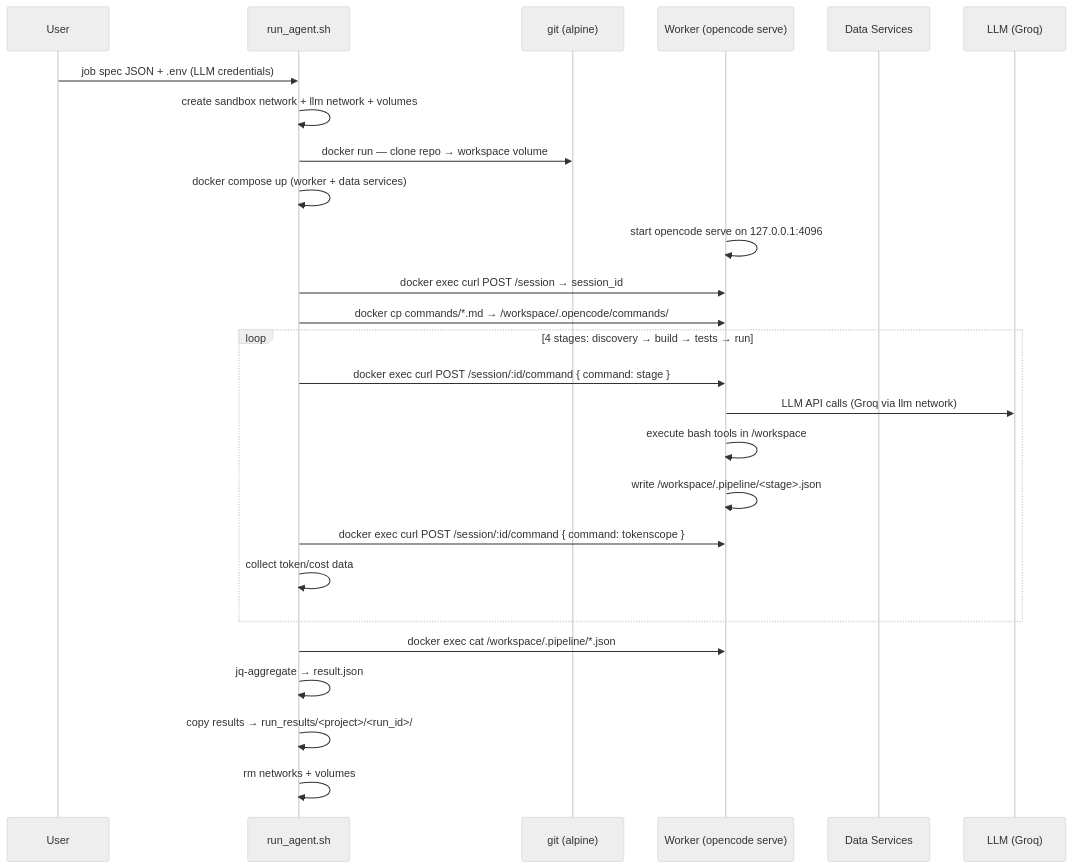
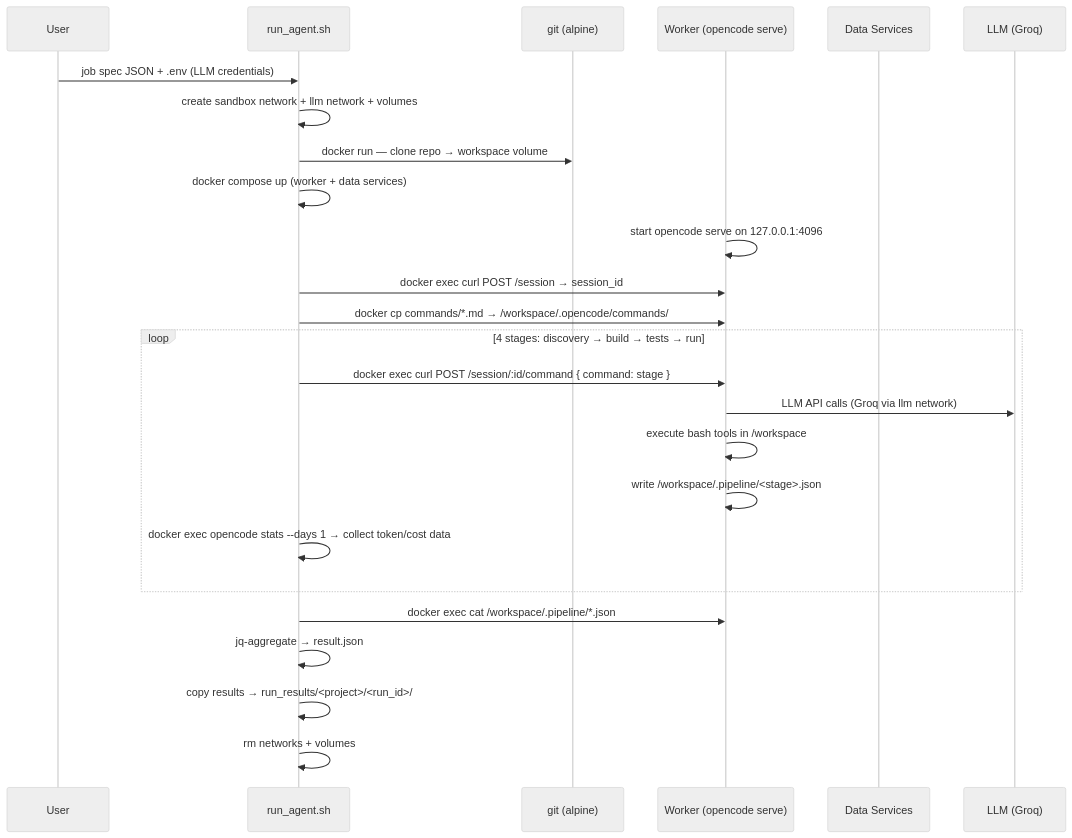
Before and after one commit to maxim-grin/agent-sandbox: the first of 2 diagrams in docs/ARCHITECTURE.md, drawn with Mermaid (neutral theme). The commit also changed other lines of this file and 2 other files, not shown here.

````diff
--- a/docs/ARCHITECTURE.md
+++ b/docs/ARCHITECTURE.md
@@ -11,29 +11,28 @@
 ```mermaid
 sequenceDiagram
     participant U as User
     participant R as run_agent.sh
     participant G as git (alpine)
     participant W as Worker (opencode serve)
     participant DS as Data Services
     participant L as LLM (Groq)
 
     U->>R: job spec JSON + .env (LLM credentials)
     R->>R: create sandbox network + llm network + volumes
     R->>G: docker run — clone repo → workspace volume
     R->>R: docker compose up (worker + data services)
     W->>W: start opencode serve on 127.0.0.1:4096
     R->>W: docker exec curl POST /session  →  session_id
     R->>W: docker cp commands/*.md → /workspace/.opencode/commands/
     loop 4 stages: discovery → build → tests → run
         R->>W: docker exec curl POST /session/:id/command { command: stage }
         W->>L: LLM API calls (Groq via llm network)
         W->>W: execute bash tools in /workspace
         W->>W: write /workspace/.pipeline/<stage>.json
-        R->>W: docker exec curl POST /session/:id/command { command: tokenscope }
-        R->>R: collect token/cost data
+        R->>R: docker exec opencode stats --days 1 → collect token/cost data
     end
     R->>W: docker exec cat /workspace/.pipeline/*.json
     R->>R: jq-aggregate → result.json
     R->>R: copy results → run_results/<project>/<run_id>/
     R->>R: rm networks + volumes
 ```
````
